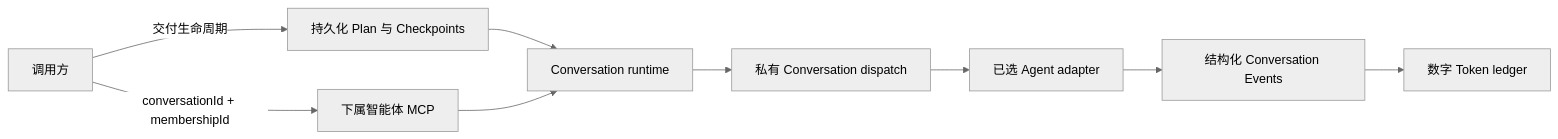
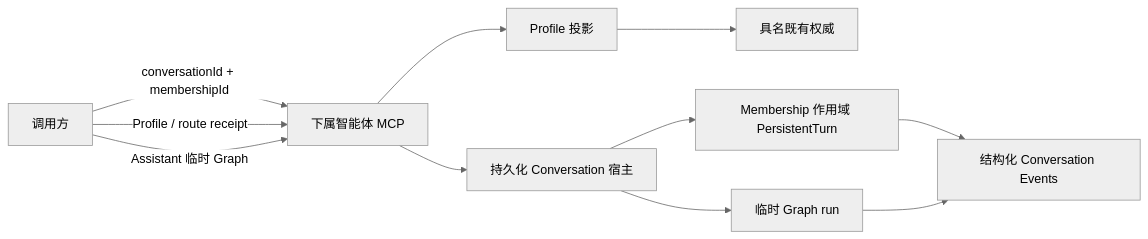
One commit to LicoLand/LicoUp changed the diagram in docs/protocols/subagent-mcp.zh-CN.md. Above: the diagram before and after it, drawn with Mermaid (neutral theme). The commit also changed other lines of this file and 70 other files, not shown here.

````diff
--- a/docs/protocols/subagent-mcp.zh-CN.md
+++ b/docs/protocols/subagent-mcp.zh-CN.md
@@ -18,11 +17,13 @@
 ```mermaid
 flowchart LR
-  C["调用方"] -->|"交付生命周期"| P["持久化 Plan 与 Checkpoints"]
-  C -->|"conversationId + membershipId"| M["下属智能体 MCP"]
-  P --> R["Conversation runtime"]
-  M --> R
-  R --> D["私有 Conversation dispatch"]
-  D --> A["已选 Agent adapter"]
-  A --> E["结构化 Conversation Events"]
-  E --> L["数字 Token ledger"]
+  C["调用方"] -->|"conversationId + membershipId"| M["下属智能体 MCP"]
+  C -->|"Profile / route receipt"| M
+  C -->|"Assistant 临时 Graph"| M
+  M --> P["Profile 投影"]
+  M --> R["持久化 Conversation 宿主"]
+  P --> A["具名既有权威"]
+  R --> D["Membership 作用域 PersistentTurn"]
+  D --> E["结构化 Conversation Events"]
+  R --> F["临时 Graph run"]
+  F --> E
 ```
````
